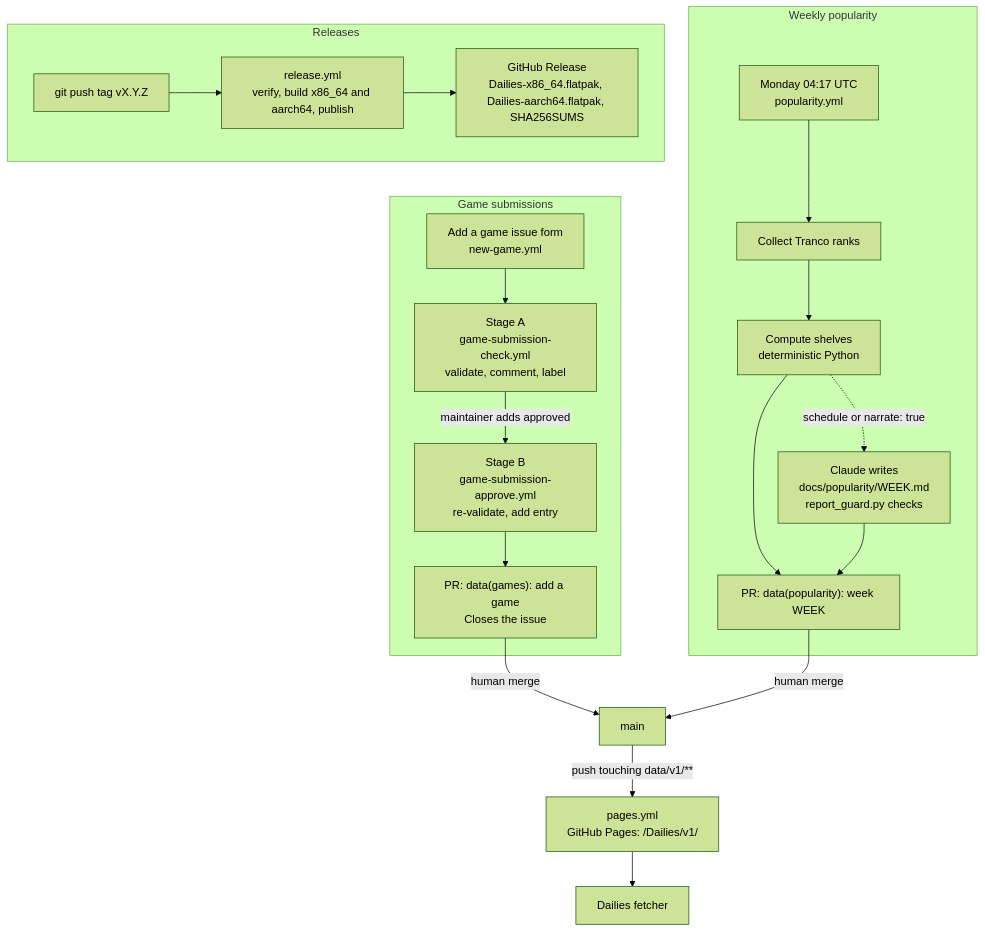
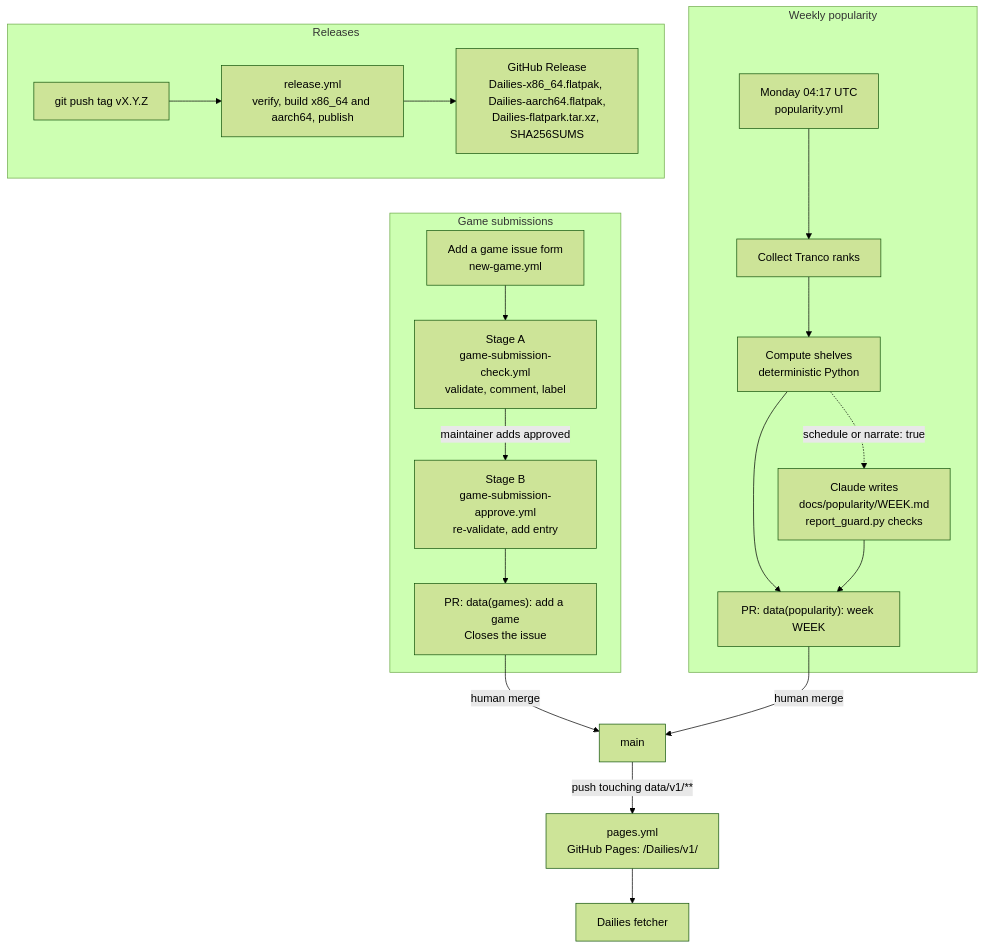
The second of 2 diagrams in docs/architecture.md (Tim-van-Oudheusden/Dailies), drawn with Mermaid (forest theme) before and after one commit. The commit also changed 2 other files, not shown here.

Commit message:
docs(runbooks): list the FlatPark payload among the release assets (#214)
#205 added Dailies-flatpark.tar.xz to every GitHub Release, but the
bad-release runbook and the Releases node of the pipeline diagram in
README.md and docs/architecture.md still listed only the two bundles and
SHA256SUMS. Following the runbook's withdraw step left the payload, which a
FlatPark package pins as extra-data, downloadable from a harmful release.

Fixes #214

````diff
--- a/docs/architecture.md
+++ b/docs/architecture.md
@@ -313,23 +313,23 @@
 ```mermaid
 flowchart TD
   subgraph submit["Game submissions"]
     FORM["Add a game issue form<br/>new-game.yml"] --> A["Stage A<br/>game-submission-check.yml<br/>validate, comment, label"]
     A -->|"maintainer adds approved"| B["Stage B<br/>game-submission-approve.yml<br/>re-validate, add entry"]
     B --> PR1["PR: data(games): add a game<br/>Closes the issue"]
   end
   subgraph weekly["Weekly popularity"]
     CRON["Monday 04:17 UTC<br/>popularity.yml"] --> COLLECT["Collect Tranco ranks"]
     COLLECT --> COMPUTE["Compute shelves<br/>deterministic Python"]
     COMPUTE -.->|"schedule or narrate: true"| REPORT["Claude writes<br/>docs/popularity/WEEK.md<br/>report_guard.py checks"]
     COMPUTE --> PR2["PR: data(popularity): week WEEK"]
     REPORT --> PR2
   end
   PR1 -->|"human merge"| MAIN["main"]
   PR2 -->|"human merge"| MAIN
   MAIN -->|"push touching data/v1/**"| PAGES["pages.yml<br/>GitHub Pages: /Dailies/v1/"]
   PAGES --> APP["Dailies fetcher"]
   subgraph release["Releases"]
     TAG["git push tag vX.Y.Z"] --> REL["release.yml<br/>verify, build x86_64 and aarch64, publish"]
-    REL --> ASSETS["GitHub Release<br/>Dailies-x86_64.flatpak, Dailies-aarch64.flatpak, SHA256SUMS"]
+    REL --> ASSETS["GitHub Release<br/>Dailies-x86_64.flatpak, Dailies-aarch64.flatpak,<br/>Dailies-flatpark.tar.xz, SHA256SUMS"]
   end
 ```
````
